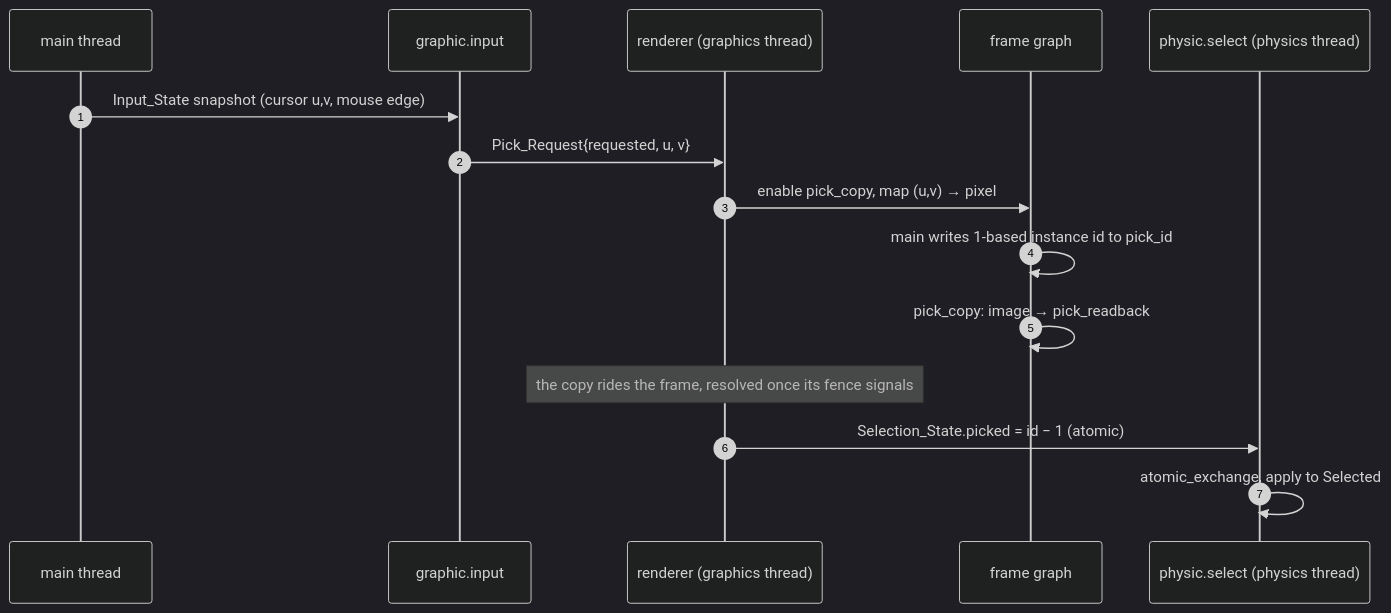
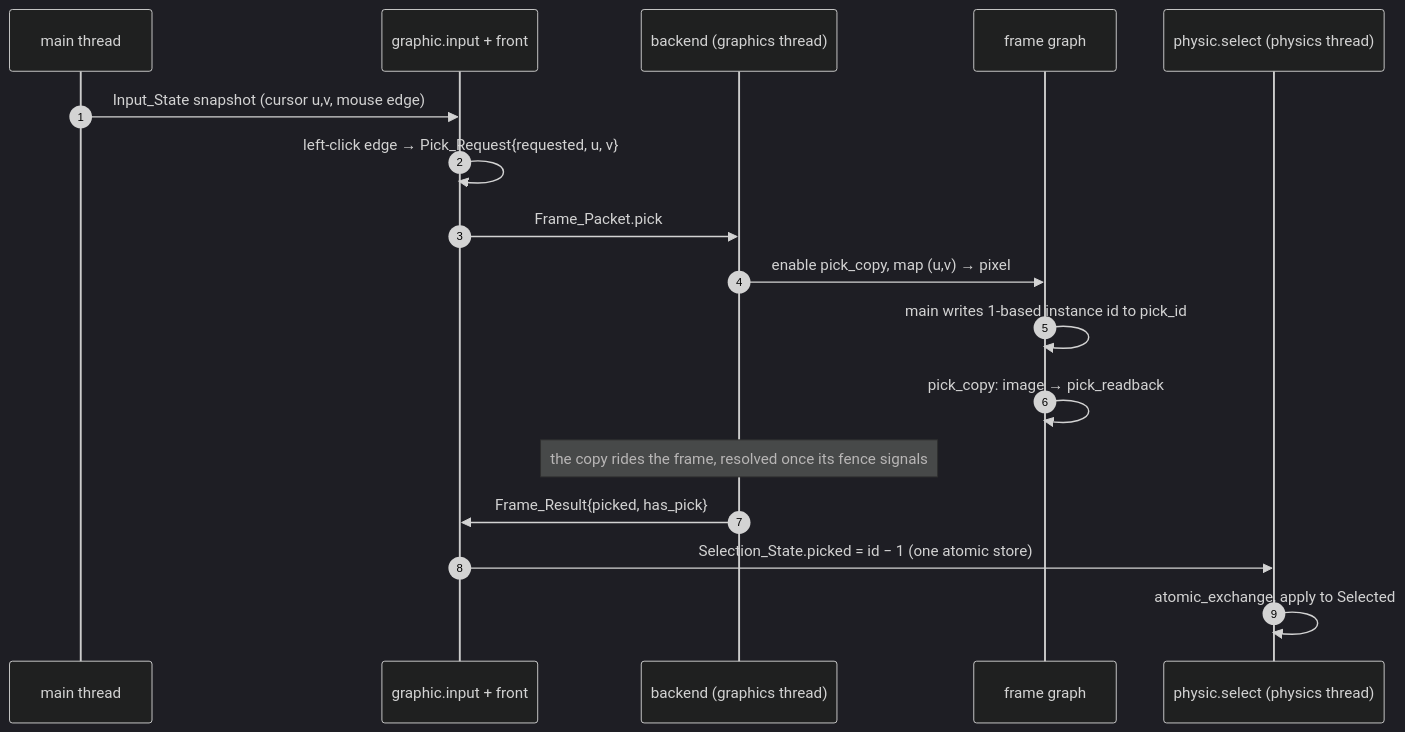
The fifth of 5 diagrams in docs/renderer.md (TanukiConDos/Gravity-Simulator), drawn with Mermaid (dark theme) before and after one commit. The commit also changed other lines of this file and 8 other files, not shown here.

First line of the commit message:
docs: document the graphics front/backend split and add a layering guard

````diff
--- a/docs/renderer.md
+++ b/docs/renderer.md
@@ -146,18 +287,20 @@
 ```mermaid
 sequenceDiagram
     autonumber
     participant M as main thread
-    participant I as graphic.input
-    participant R as renderer (graphics thread)
+    participant I as graphic.input + front
+    participant B as backend (graphics thread)
     participant FG as frame graph
     participant P as physic.select (physics thread)
 
     M->>I: Input_State snapshot (cursor u,v, mouse edge)
-    I->>R: Pick_Request{requested, u, v}
-    R->>FG: enable pick_copy, map (u,v) → pixel
+    I->>I: left-click edge → Pick_Request{requested, u, v}
+    I->>B: Frame_Packet.pick
+    B->>FG: enable pick_copy, map (u,v) → pixel
     FG->>FG: main writes 1-based instance id to pick_id
     FG->>FG: pick_copy: image → pick_readback
-    Note over R: the copy rides the frame, resolved once its fence signals
-    R->>P: Selection_State.picked = id − 1 (atomic)
+    Note over B: the copy rides the frame, resolved once its fence signals
+    B->>I: Frame_Result{picked, has_pick}
+    I->>P: Selection_State.picked = id − 1 (one atomic store)
     P->>P: atomic_exchange, apply to Selected
 ```
````
